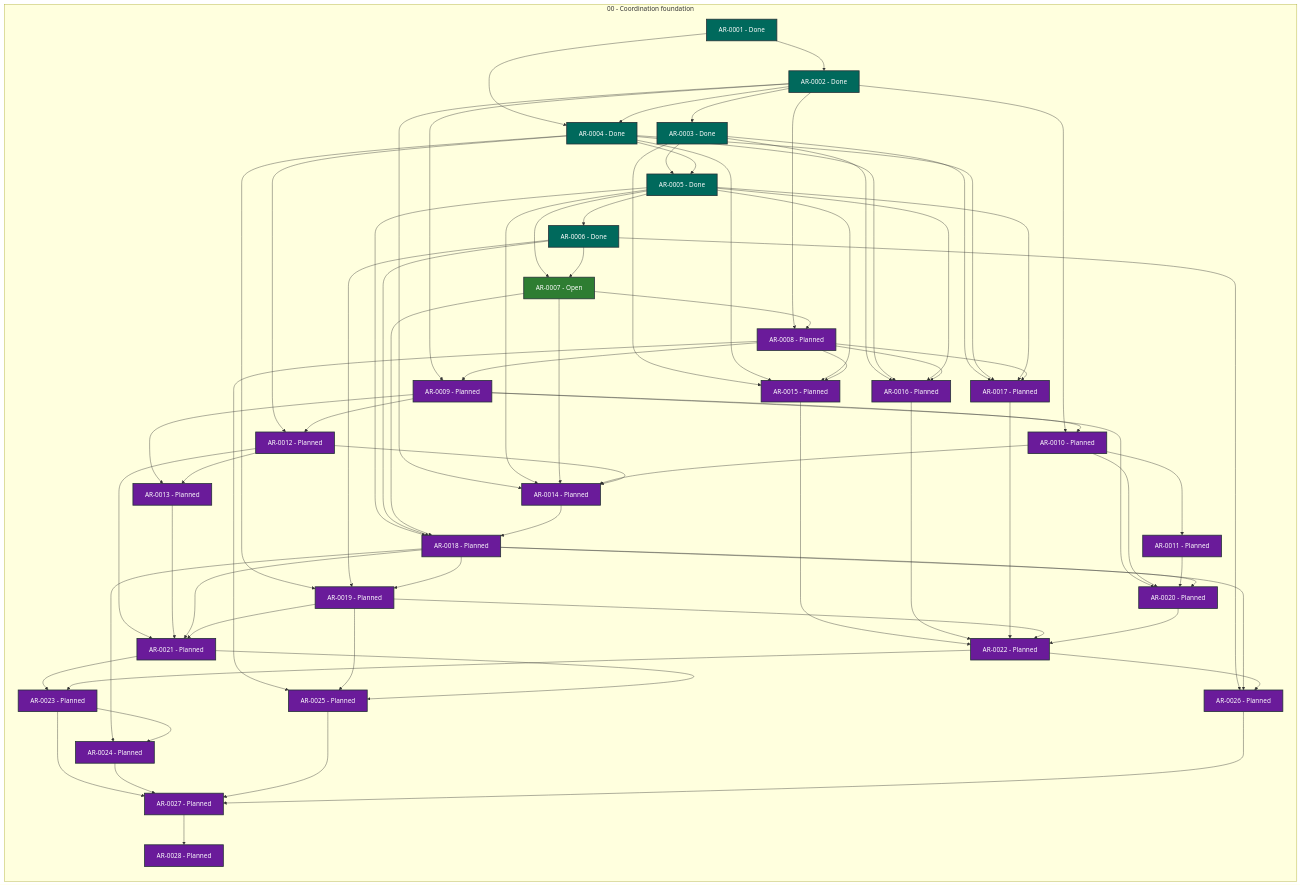
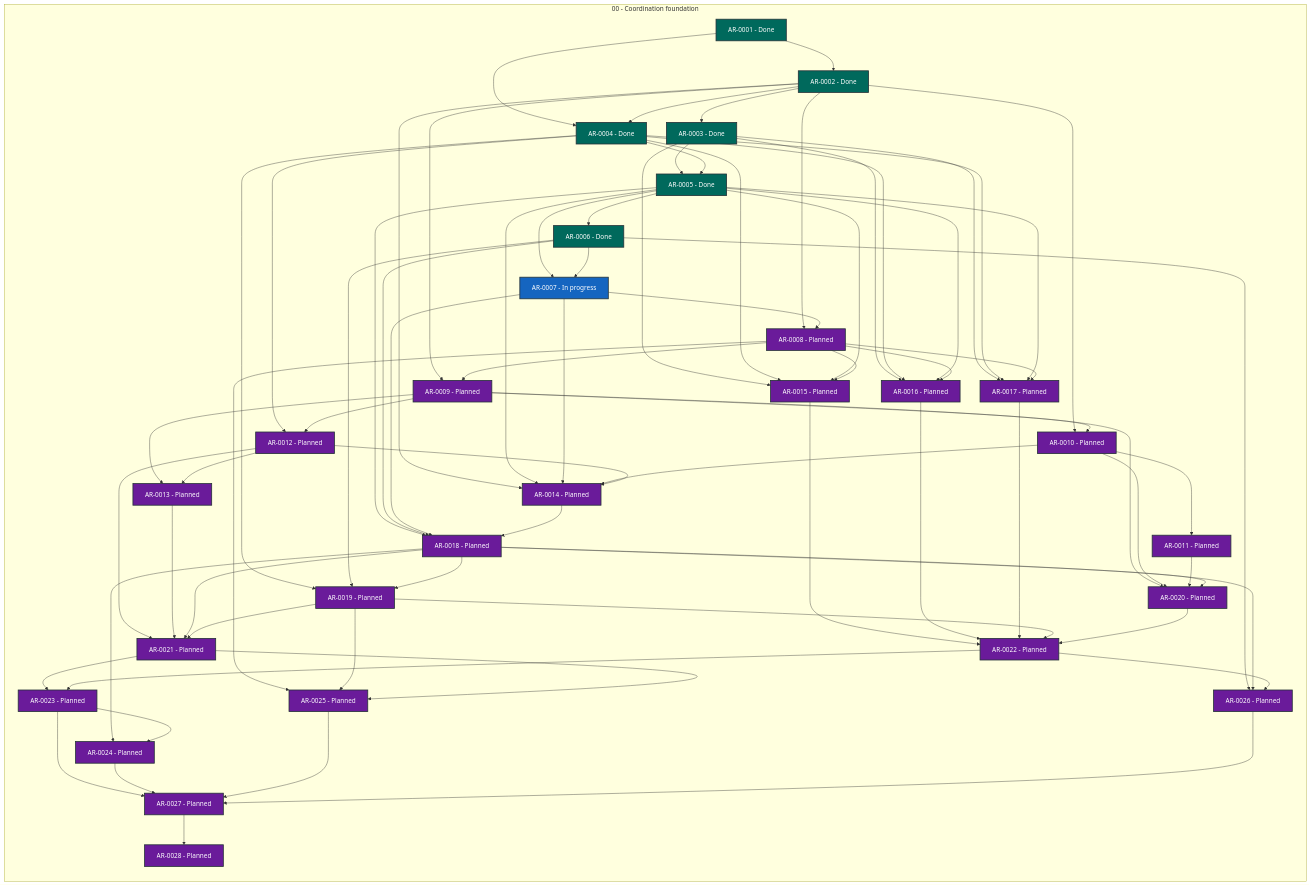
The diagram in STATUS.md (martin-beck/agent-workflow-runtime-state), drawn with Mermaid before and after one commit. The commit also changed other lines of this file and 2 other files, not shown here.

```diff
--- a/STATUS.md
+++ b/STATUS.md
@@ -34,7 +34,7 @@
         AR_0004["AR-0004 - Done"]:::status_done
         AR_0005["AR-0005 - Done"]:::status_done
         AR_0006["AR-0006 - Done"]:::status_done
-        AR_0007["AR-0007 - Open"]:::status_open
+        AR_0007["AR-0007 - In progress"]:::status_in_progress
         AR_0008["AR-0008 - Planned"]:::status_planned
         AR_0009["AR-0009 - Planned"]:::status_planned
         AR_0010["AR-0010 - Planned"]:::status_planned
```
